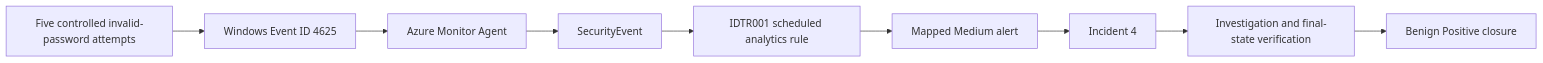
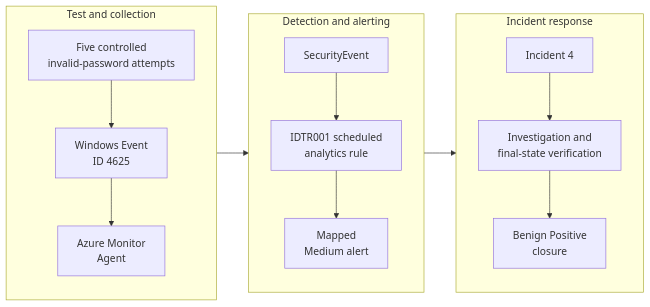
The diagram in docs/Password-Spray-Detection.md (danielbeltran26/microsoft-identity-threat-detection-response), drawn with Mermaid before and after one commit.

Commit message:
docs: improve password-spray diagram readability
Reformat the detection flow into three balanced stages and add explicit line breaks so every label remains legible in GitHub.

````diff
--- a/docs/Password-Spray-Detection.md
+++ b/docs/Password-Spray-Detection.md
@@ -32,11 +32,23 @@
 ```mermaid
 flowchart LR
-    TEST["Five controlled invalid-password attempts"] --> EVT["Windows Event ID 4625"]
-    EVT --> AMA["Azure Monitor Agent"]
-    AMA --> SE["SecurityEvent"]
-    SE --> RULE["IDTR001 scheduled analytics rule"]
-    RULE --> ALERT["Mapped Medium alert"]
-    ALERT --> INC["Incident 4"]
-    INC --> VERIFY["Investigation and final-state verification"]
-    VERIFY --> CLOSE["Benign Positive closure"]
+    subgraph SOURCE["Test and collection"]
+        direction TB
+        TEST["Five controlled<br/>invalid-password attempts"] --> EVT["Windows Event<br/>ID 4625"]
+        EVT --> AMA["Azure Monitor<br/>Agent"]
+    end
+
+    subgraph DETECTION["Detection and alerting"]
+        direction TB
+        SE["SecurityEvent"] --> RULE["IDTR001 scheduled<br/>analytics rule"]
+        RULE --> ALERT["Mapped<br/>Medium alert"]
+    end
+
+    subgraph RESPONSE["Incident response"]
+        direction TB
+        INC["Incident 4"] --> VERIFY["Investigation and<br/>final-state verification"]
+        VERIFY --> CLOSE["Benign Positive<br/>closure"]
+    end
+
+    AMA --> SE
+    ALERT --> INC
 ```
````
